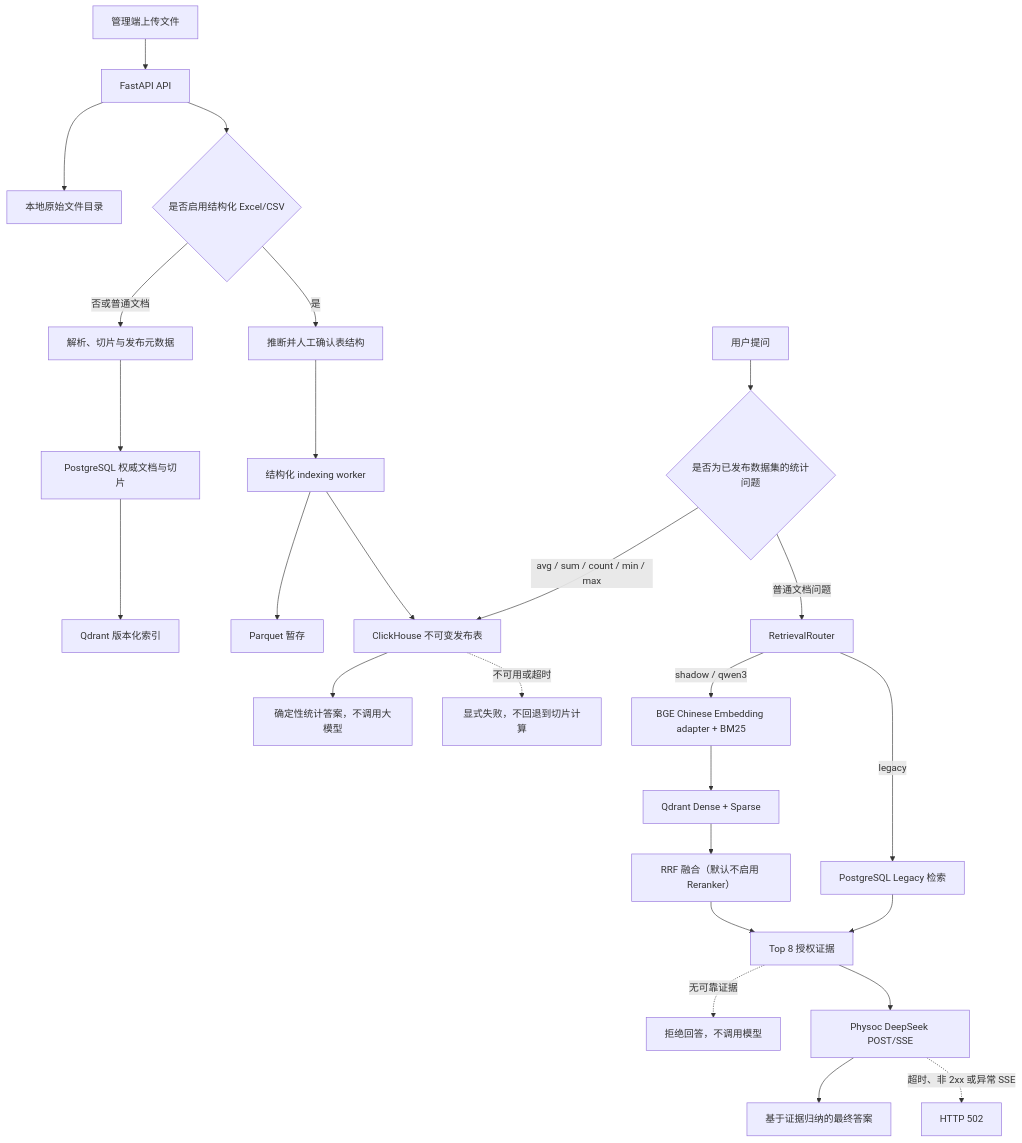
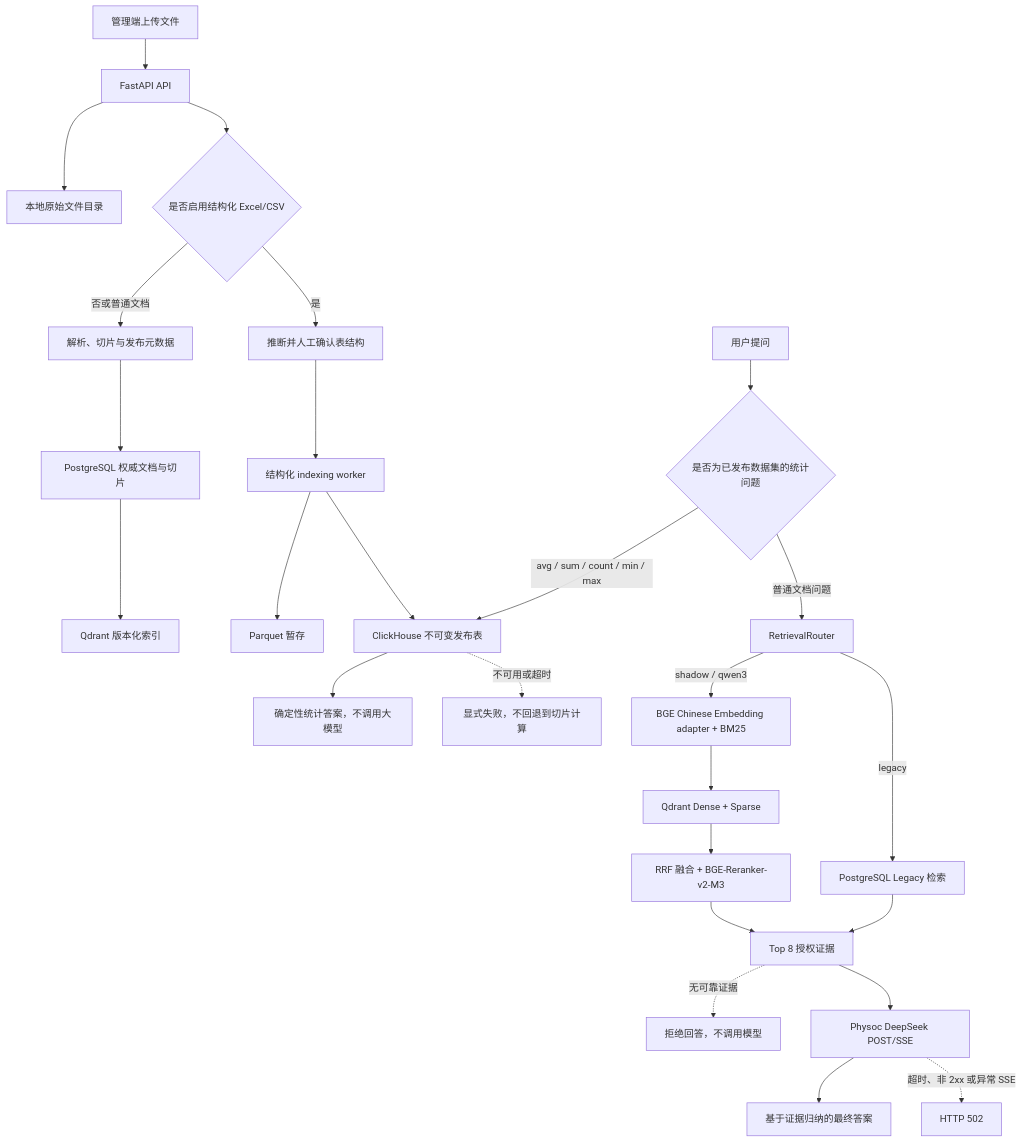
Before and after one commit to weberhyj/DCAgent: the diagram in README.md, drawn with Mermaid. The commit also changed other lines of this file and 31 other files, not shown here.

````diff
--- a/README.md
+++ b/README.md
@@ -236,32 +236,32 @@
 ```mermaid
 flowchart TD
     A["管理端上传文件"] --> B["FastAPI API"]
     B --> C["本地原始文件目录"]
     B --> D{"是否启用结构化 Excel/CSV"}
 
     D -->|"否或普通文档"| E["解析、切片与发布元数据"]
     E --> F["PostgreSQL 权威文档与切片"]
     F --> G["Qdrant 版本化索引"]
 
     D -->|"是"| H["推断并人工确认表结构"]
     H --> I["结构化 indexing worker"]
     I --> J["Parquet 暂存"]
     I --> K["ClickHouse 不可变发布表"]
 
     L["用户提问"] --> M{"是否为已发布数据集的统计问题"}
     M -->|"avg / sum / count / min / max"| K
     K --> N["确定性统计答案，不调用大模型"]
     K -.->|"不可用或超时"| X["显式失败，不回退到切片计算"]
 
     M -->|"普通文档问题"| O["RetrievalRouter"]
     O -->|"legacy"| P0["PostgreSQL Legacy 检索"]
     O -->|"shadow / qwen3"| P1["BGE Chinese Embedding adapter + BM25"]
     P1 --> P2["Qdrant Dense + Sparse"]
-    P2 --> P3["RRF 融合（默认不启用 Reranker）"]
+    P2 --> P3["RRF 融合 + BGE-Reranker-v2-M3"]
     P3 --> P["Top 8 授权证据"]
     P0 --> P
     P -.->|"无可靠证据"| Y["拒绝回答，不调用模型"]
     P --> Q["Physoc DeepSeek POST/SSE"]
     Q --> R["基于证据归纳的最终答案"]
     Q -.->|"超时、非 2xx 或异常 SSE"| Z["HTTP 502"]
 ```
````
